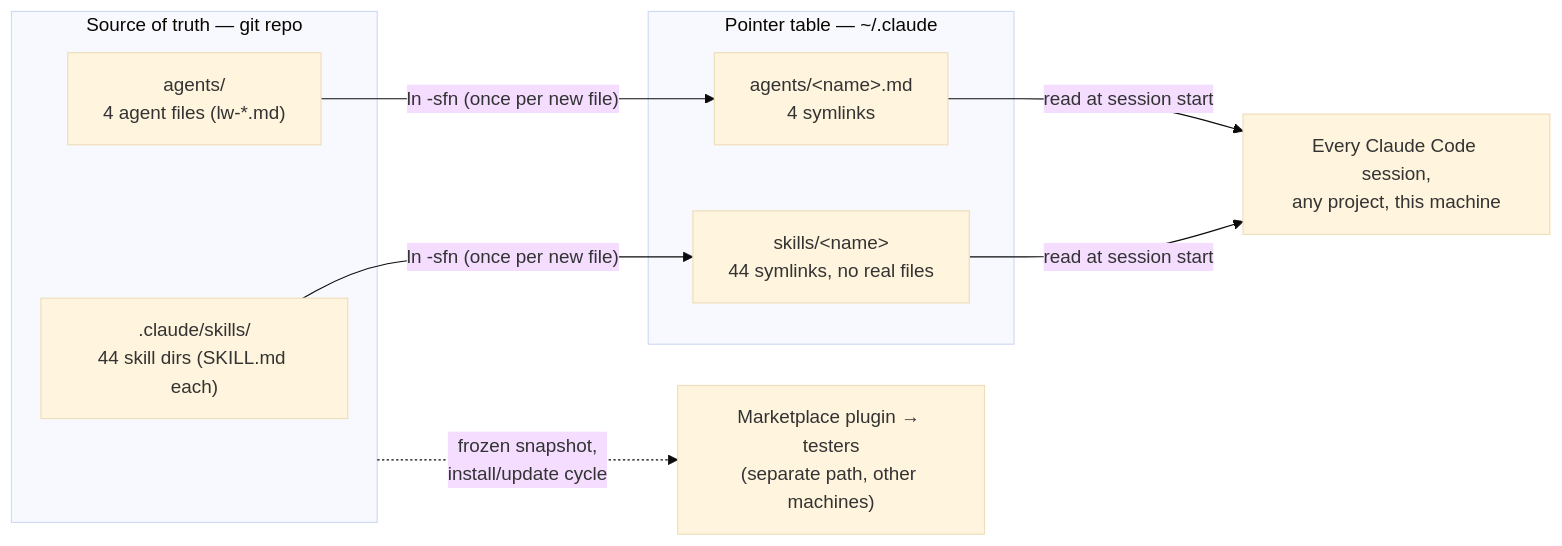
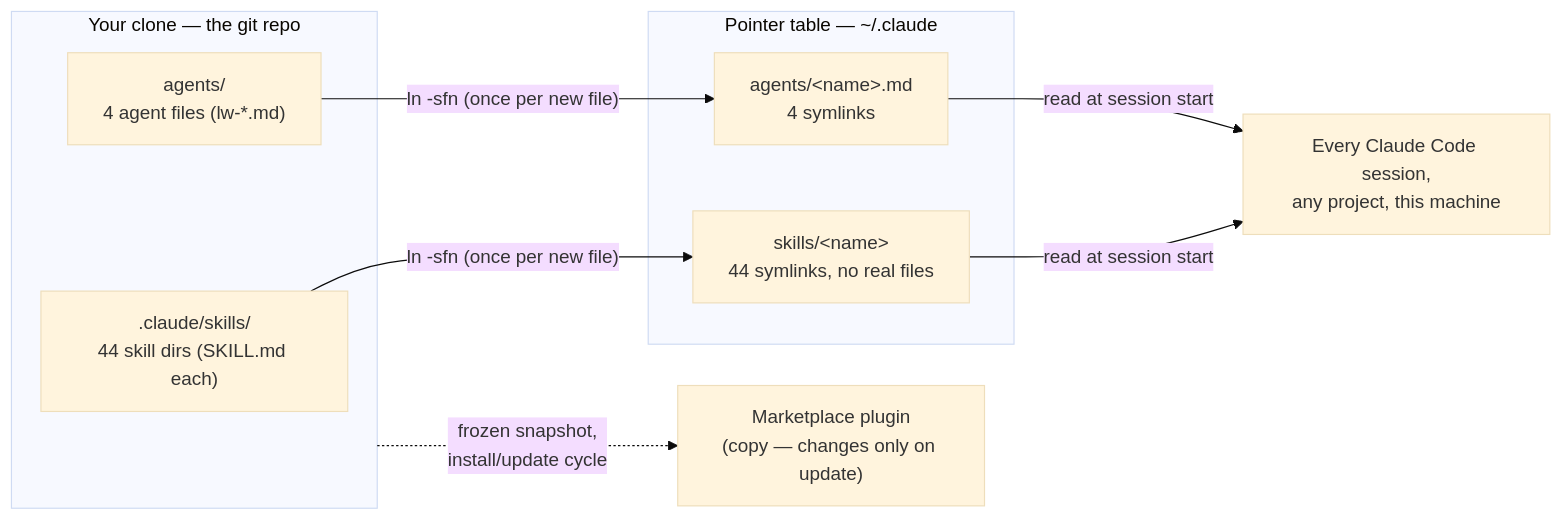
One commit to rterakedis/leanwheel-skills changed the diagram in guide/symlinking.md. Above: the diagram before and after it, drawn with Mermaid (base theme). The commit also changed other lines of this file and 1 other file, not shown here.

Commit message:
Reframe guide/symlinking.md as a teaching doc: symlinks vs plugin — the copy/pointer distinction, who should pick which, setup, and the trade-offs accepted (#25)

````diff
--- a/guide/symlinking.md
+++ b/guide/symlinking.md
@@ -15,19 +17,19 @@
 ```mermaid
 flowchart LR
-    subgraph REPO["Source of truth — git repo"]
+    subgraph REPO["Your clone — the git repo"]
         SK[".claude/skills/<br/>44 skill dirs (SKILL.md each)"]
         AG["agents/<br/>4 agent files (lw-*.md)"]
     end
     subgraph PTR["Pointer table — ~/.claude"]
         PSK["skills/&lt;name&gt;<br/>44 symlinks, no real files"]
         PAG["agents/&lt;name&gt;.md<br/>4 symlinks"]
     end
     SESSIONS["Every Claude Code session,<br/>any project, this machine"]
 
     SK -- "ln -sfn (once per new file)" --> PSK
     AG -- "ln -sfn (once per new file)" --> PAG
     PSK -- "read at session start" --> SESSIONS
     PAG -- "read at session start" --> SESSIONS
 
-    REPO -. "frozen snapshot,<br/>install/update cycle" .-> PLUGIN["Marketplace plugin → testers<br/>(separate path, other machines)"]
+    REPO -. "frozen snapshot,<br/>install/update cycle" .-> PLUGIN["Marketplace plugin<br/>(copy — changes only on update)"]
 ```
````
